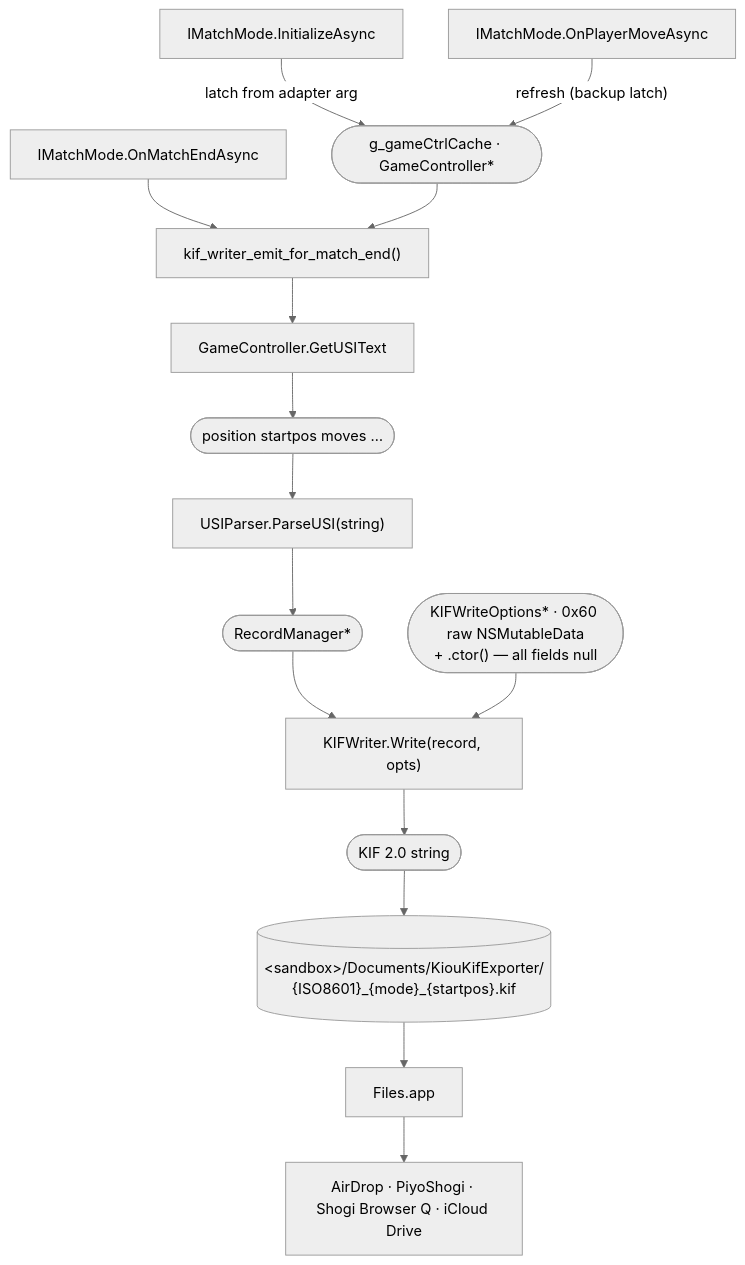
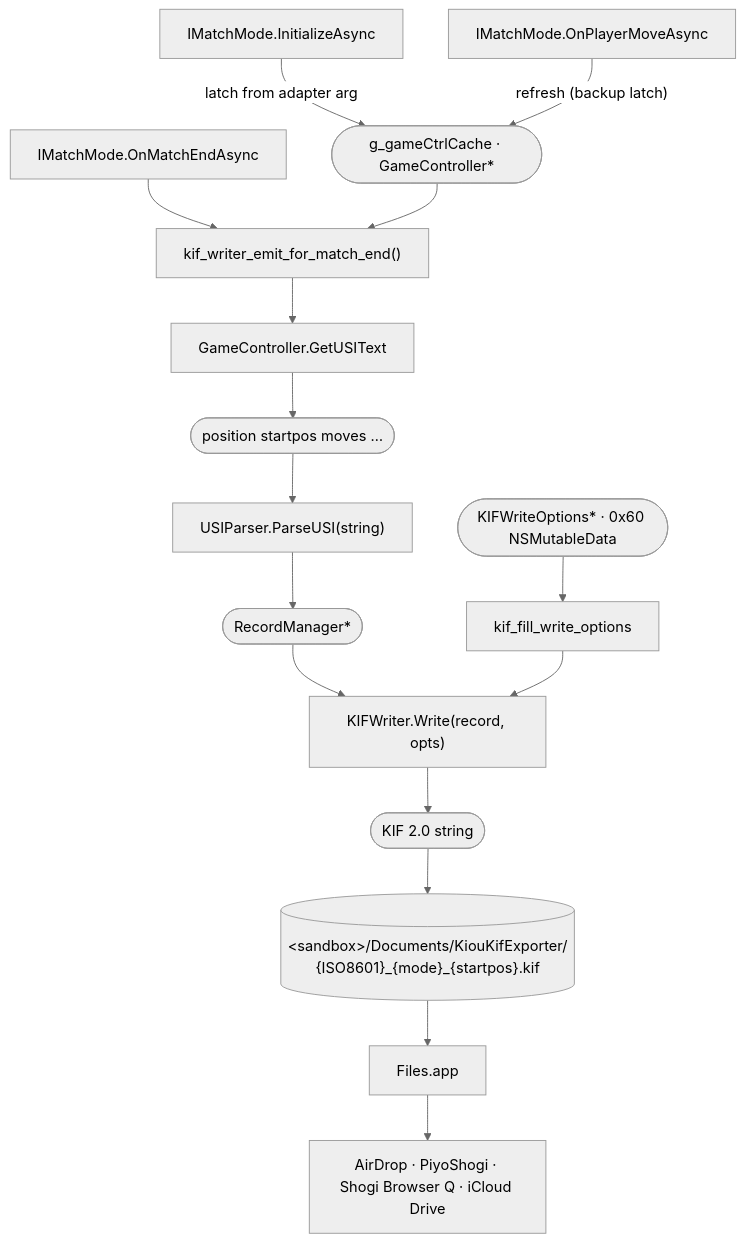
One commit to IPA-Patch/KiouKifExporter changed the diagram in README.md. Above: the diagram before and after it, drawn with Mermaid (neutral theme). The commit also changed other lines of this file, not shown here.

Commit message:
docs(readme): show kif_fill_write_options in pipeline diagram + fix v0.3/v0.4 mix-up
The Mermaid pipeline diagram still showed opts going straight into
KIFWriter.Write labeled 'all fields null', which contradicted both the
header table above (v0.2 fills six fields from GameStateStore +
MatchConfig) and the Helpers.m ASCII diagram fixed in #18.

* Insert a kif_fill_write_options node between opts and KIFWriter.Write,
  and drop the ctor commentary from the opts node -- field-by-field
  detail already lives in the header table and Helpers.m.
* Body text said ThinkingTimesMicros was 'queued for v0.3', but v0.3
  (current) is the binpatch pipeline; per-move clock work is on the
  v0.4 row. Bump the inline reference to match the Roadmap table.

````diff
--- a/README.md
+++ b/README.md
@@ -131,27 +131,28 @@
 ```mermaid
 flowchart TD
     init["IMatchMode.InitializeAsync"]
     opm["IMatchMode.OnPlayerMoveAsync"]
     endHook["IMatchMode.OnMatchEndAsync"]
     cache(["g_gameCtrlCache &middot; GameController*"])
 
     init -- "latch from adapter arg" --> cache
     opm  -- "refresh (backup latch)"  --> cache
 
     endHook --> writer["kif_writer_emit_for_match_end()"]
     cache  --> writer
 
     writer --> usiText["GameController.GetUSIText"]
     usiText --> usiStr(["position startpos moves &hellip;"])
     usiStr --> parse["USIParser.ParseUSI(string)"]
     parse --> record(["RecordManager*"])
 
     record --> kifwrite["KIFWriter.Write(record, opts)"]
-    opts(["KIFWriteOptions* &middot; 0x60 raw NSMutableData<br/>+ .ctor() &mdash; all fields null"]) --> kifwrite
+    opts(["KIFWriteOptions* &middot; 0x60 NSMutableData"]) --> fill["kif_fill_write_options"]
+    fill --> kifwrite
 
     kifwrite --> kif(["KIF 2.0 string"])
 
     kif --> file[("&lt;sandbox&gt;/Documents/KiouKifExporter/<br/>{ISO8601}_{mode}_{startpos}.kif")]
     file --> files["Files.app"]
     files --> sinks["AirDrop &middot; PiyoShogi &middot; Shogi Browser Q &middot; iCloud Drive"]
 ```
````
